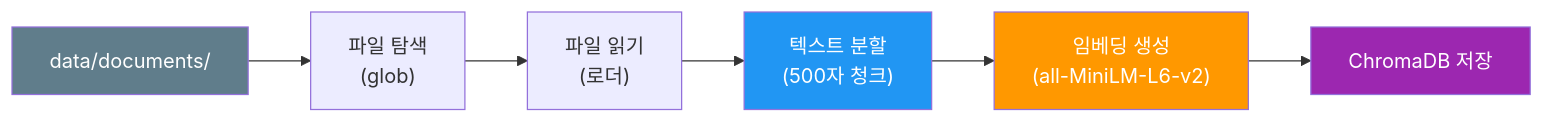
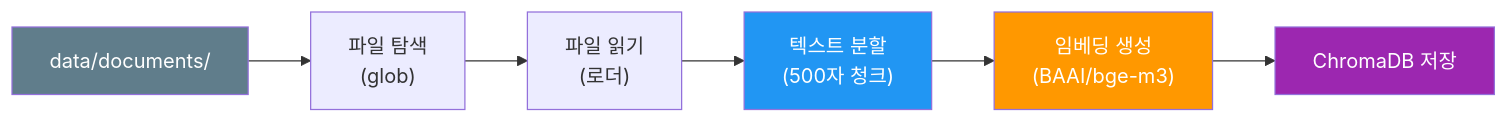
The fifth of 6 diagrams in docs/implementation-guide.md (laurus-kpa007/agentic-rag-bot), drawn with Mermaid before and after one commit. The commit also changed other lines of this file and 9 other files, not shown here.

First line of the commit message:
feat: 임베딩 모델을 BAAI/bge-m3로 변경 (한국어 지원 강화)

````diff
--- a/docs/implementation-guide.md
+++ b/docs/implementation-guide.md
@@ -645,13 +645,13 @@
 ```mermaid
 flowchart LR
     A["data/documents/"] --> B["파일 탐색<br/>(glob)"]
     B --> C["파일 읽기<br/>(로더)"]
     C --> D["텍스트 분할<br/>(500자 청크)"]
-    D --> E["임베딩 생성<br/>(all-MiniLM-L6-v2)"]
+    D --> E["임베딩 생성<br/>(BAAI/bge-m3)"]
     E --> F["ChromaDB 저장"]
 
     style A fill:#607D8B,color:#fff
     style D fill:#2196F3,color:#fff
     style E fill:#FF9800,color:#fff
     style F fill:#9C27B0,color:#fff
 ```
````
